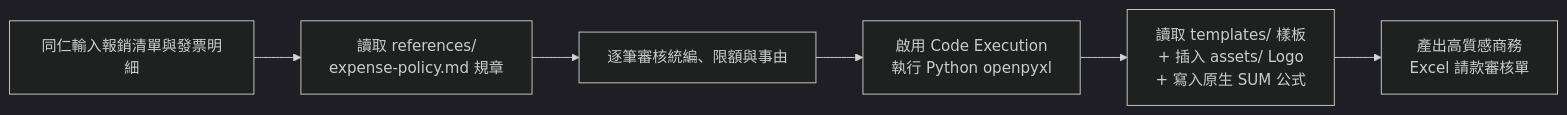
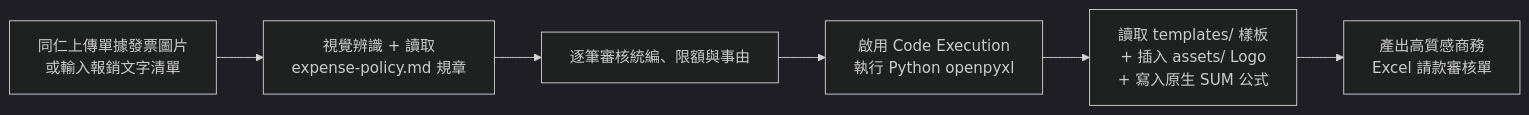
Before and after one commit to roberthsu2003/workflow-productivity: the diagram in Claude_ai/Skills/Examples/Level3_Expense_Auditor/README.md, drawn with Mermaid (dark theme). The commit also changed other lines of this file and 6 other files, not shown here.

````diff
--- a/Claude_ai/Skills/Examples/Level3_Expense_Auditor/README.md
+++ b/Claude_ai/Skills/Examples/Level3_Expense_Auditor/README.md
@@ -11,8 +11,8 @@
 ```mermaid
 flowchart LR
-    A[同仁輸入報銷清單與發票明細] --> B[讀取 references/<br>expense-policy.md 規章]
+    A[同仁上傳單據發票圖片<br>或輸入報銷文字清單] --> B[視覺辨識 + 讀取<br>expense-policy.md 規章]
     B --> C[逐筆審核統編、限額與事由]
     C --> D[啟用 Code Execution<br>執行 Python openpyxl]
     D --> E[讀取 templates/ 樣板<br>+ 插入 assets/ Logo<br>+ 寫入原生 SUM 公式]
     E --> F[產出高質感商務<br>Excel 請款審核單]
 ```
````
